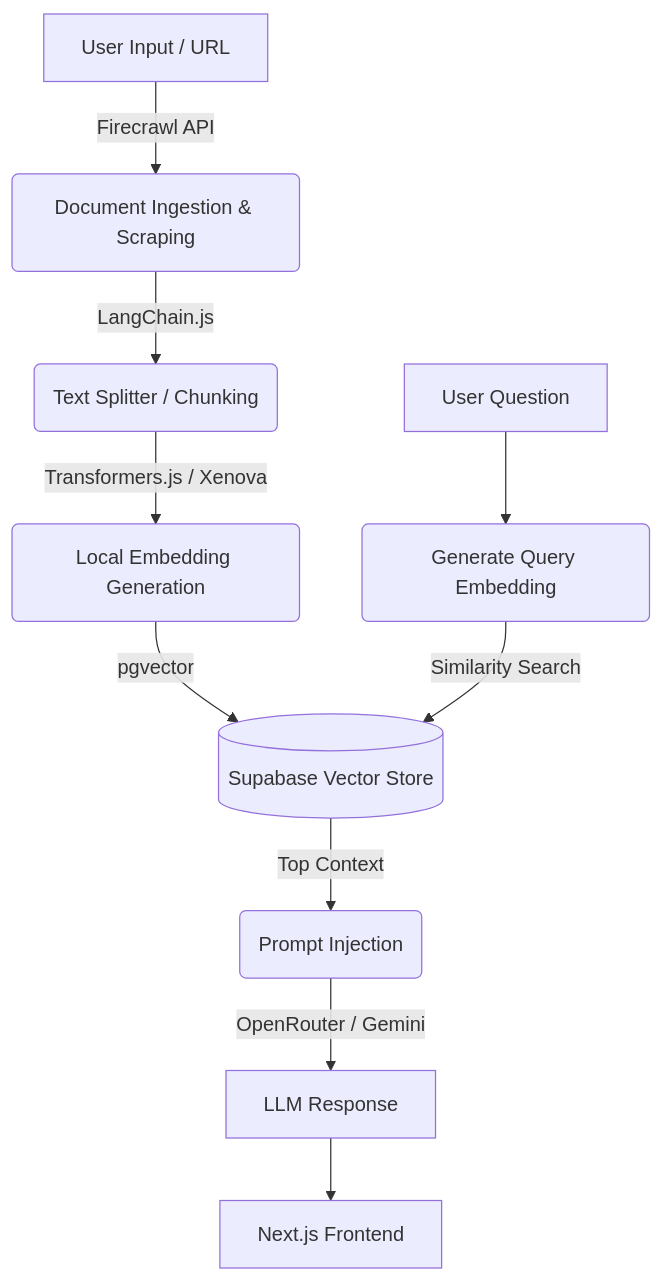
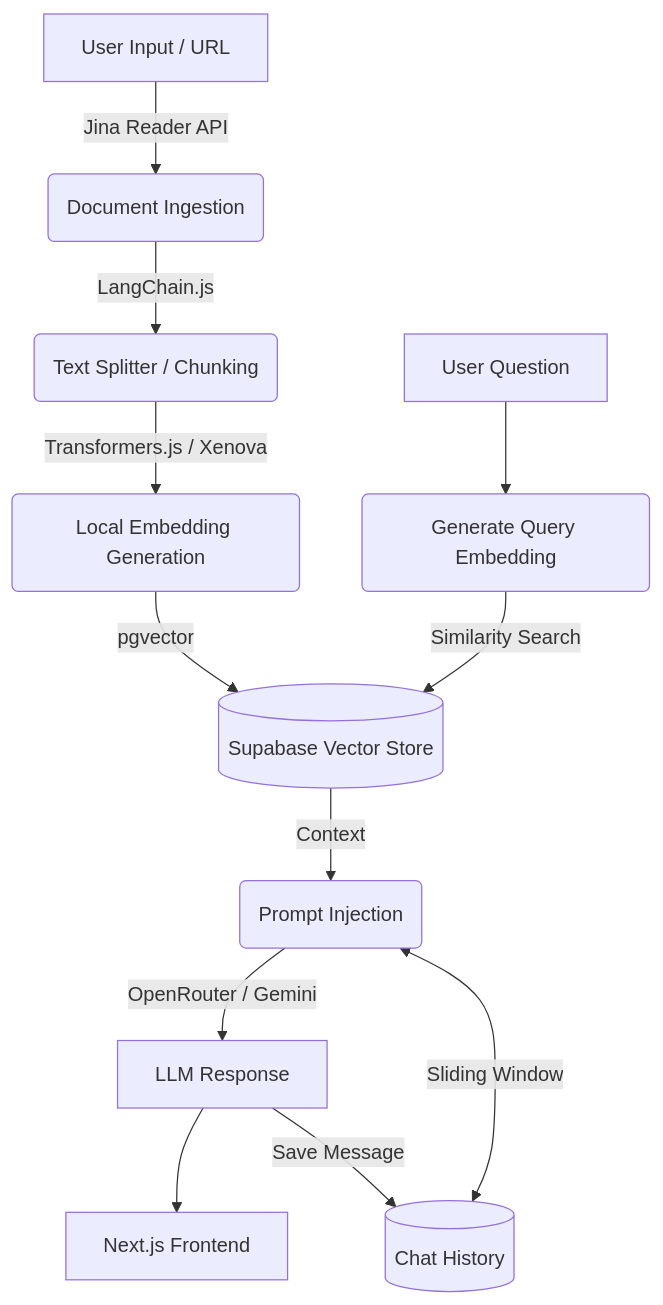
One commit to JuanjoSG5/RAG-Documented-Assistant changed the diagram in readme.md. Above: the diagram before and after it, drawn with Mermaid. The commit also changed other lines of this file, not shown here.

Commit message:
docs: updated the readme to match current progress, and added future roadmap

````diff
--- a/readme.md
+++ b/readme.md
@@ -24,13 +24,17 @@
 ```mermaid
-   graph TD;
-    A[User Input / URL] -->|Firecrawl API| B(Document Ingestion & Scraping)
+  graph TD;
+    A[User Input / URL] -->|Jina Reader API| B(Document Ingestion)
     B -->|LangChain.js| C(Text Splitter / Chunking)
     C -->|Transformers.js / Xenova| D(Local Embedding Generation)
     D -->|pgvector| E[(Supabase Vector Store)]
     
     F[User Question] --> G(Generate Query Embedding)
     G -->|Similarity Search| E
-    E -->|Top Context| H(Prompt Injection)
+    E -->|Context| H(Prompt Injection)
+    
+    K[(Chat History)] <-->|Sliding Window| H
+    
     H -->|OpenRouter / Gemini| I[LLM Response]
     I --> J[Next.js Frontend]
+    I -->|Save Message| K
 ```
````
